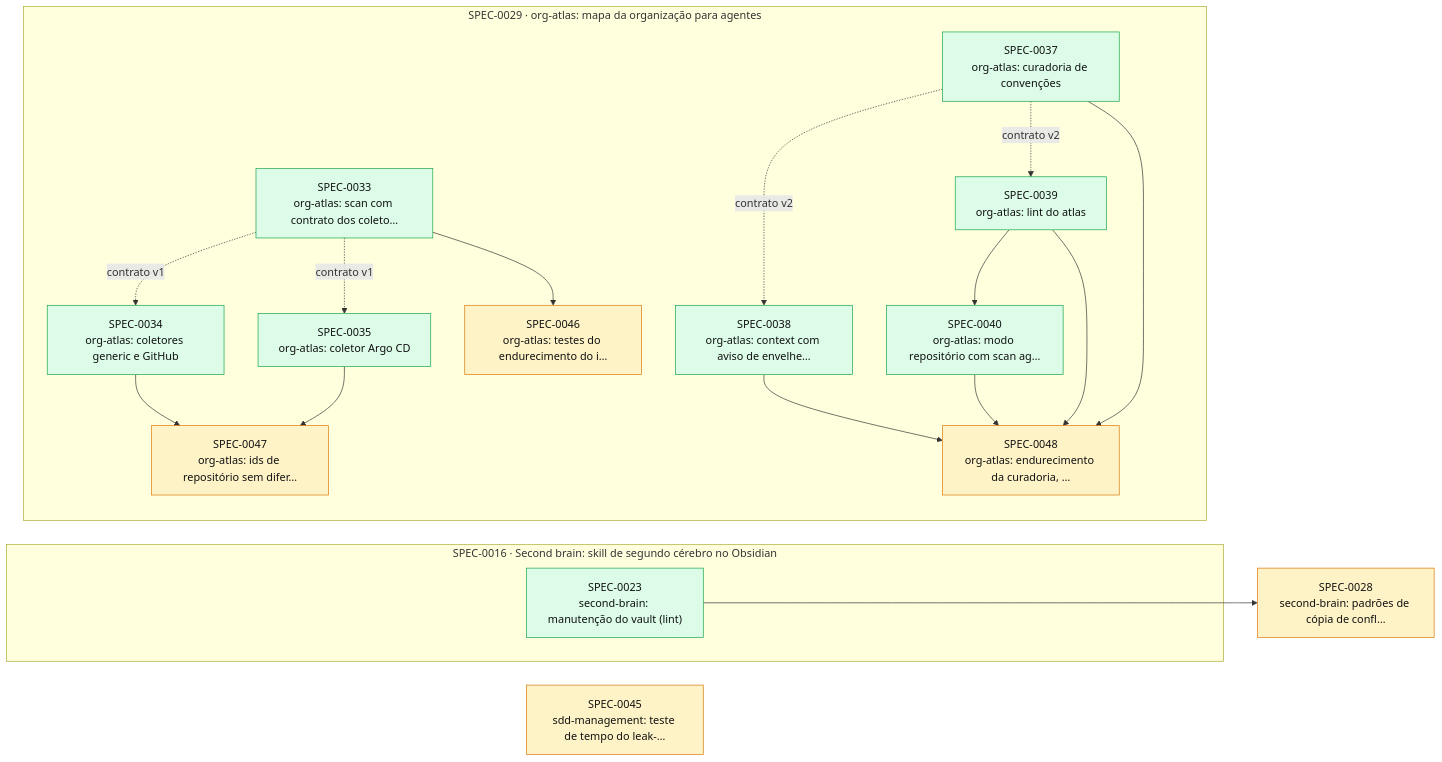
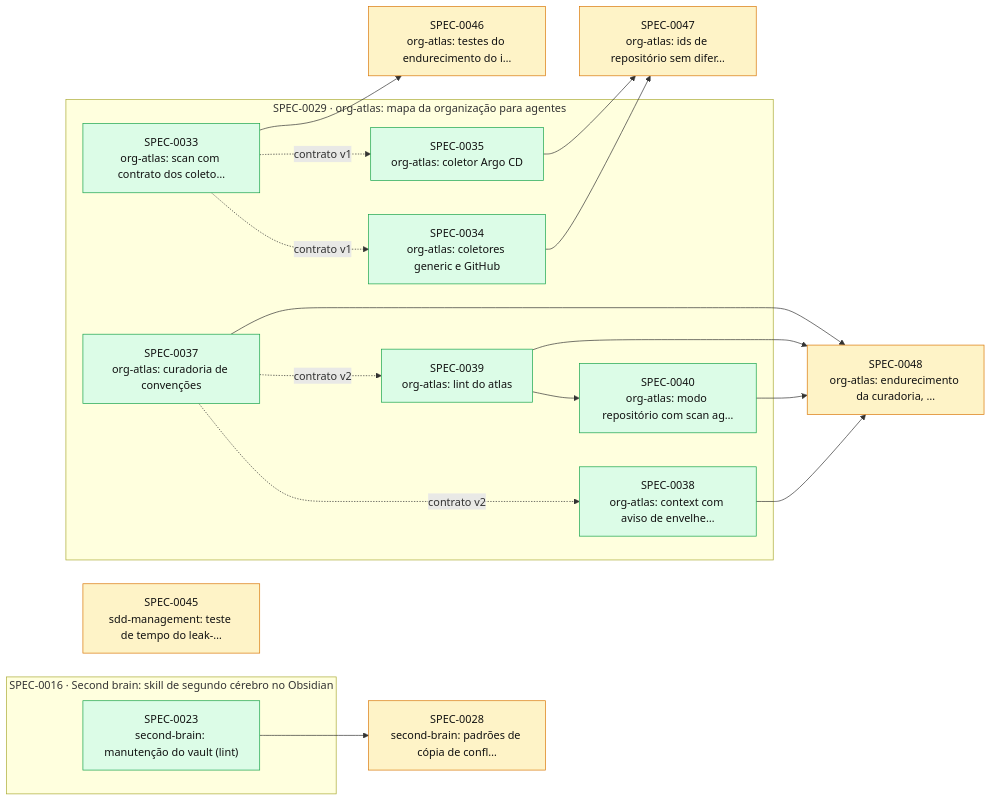
The diagram in docs/specs/INDEX.md (thomasravache/ai-dev-brain), drawn with Mermaid before and after one commit. The commit also changed other lines of this file and 5 other files, not shown here.

````diff
--- a/docs/specs/INDEX.md
+++ b/docs/specs/INDEX.md
@@ -52,38 +52,38 @@
 ```mermaid
 flowchart LR
   S0028["SPEC-0028<br/>second-brain: padrões de cópia de confl…"]:::proposed
   S0045["SPEC-0045<br/>sdd-management: teste de tempo do leak-…"]:::proposed
+  S0046["SPEC-0046<br/>org-atlas: testes do endurecimento do i…"]:::proposed
+  S0047["SPEC-0047<br/>org-atlas: ids de repositório sem difer…"]:::proposed
+  S0048["SPEC-0048<br/>org-atlas: endurecimento da curadoria, …"]:::proposed
   subgraph E0016["SPEC-0016 · Second brain: skill de segundo cérebro no Obsidian"]
     S0023["SPEC-0023<br/>second-brain: manutenção do vault (lint)"]:::implemented
   end
   subgraph E0029["SPEC-0029 · org-atlas: mapa da organização para agentes"]
     S0033["SPEC-0033<br/>org-atlas: scan com contrato dos coleto…"]:::implemented
     S0034["SPEC-0034<br/>org-atlas: coletores generic e GitHub"]:::implemented
     S0035["SPEC-0035<br/>org-atlas: coletor Argo CD"]:::implemented
     S0037["SPEC-0037<br/>org-atlas: curadoria de convenções"]:::implemented
     S0038["SPEC-0038<br/>org-atlas: context com aviso de envelhe…"]:::implemented
     S0039["SPEC-0039<br/>org-atlas: lint do atlas"]:::implemented
     S0040["SPEC-0040<br/>org-atlas: modo repositório com scan ag…"]:::implemented
-    S0046["SPEC-0046<br/>org-atlas: testes do endurecimento do i…"]:::proposed
-    S0047["SPEC-0047<br/>org-atlas: ids de repositório sem difer…"]:::proposed
-    S0048["SPEC-0048<br/>org-atlas: endurecimento da curadoria, …"]:::proposed
   end
   S0023 --> S0028
   S0033 -. contrato v1 .-> S0034
   S0033 -. contrato v1 .-> S0035
   S0037 -. contrato v2 .-> S0038
   S0037 -. contrato v2 .-> S0039
   S0039 --> S0040
   S0033 --> S0046
   S0034 --> S0047
   S0035 --> S0047
   S0037 --> S0048
   S0038 --> S0048
   S0039 --> S0048
   S0040 --> S0048
   classDef proposed fill:#fef3c7,stroke:#d97706,color:#111
   classDef approved fill:#dbeafe,stroke:#2563eb,color:#111
   classDef inprogress fill:#ede9fe,stroke:#7c3aed,color:#111
   classDef implemented fill:#dcfce7,stroke:#16a34a,color:#111
   classDef deprecated fill:#f3f4f6,stroke:#9ca3af,color:#6b7280
 ```
````
